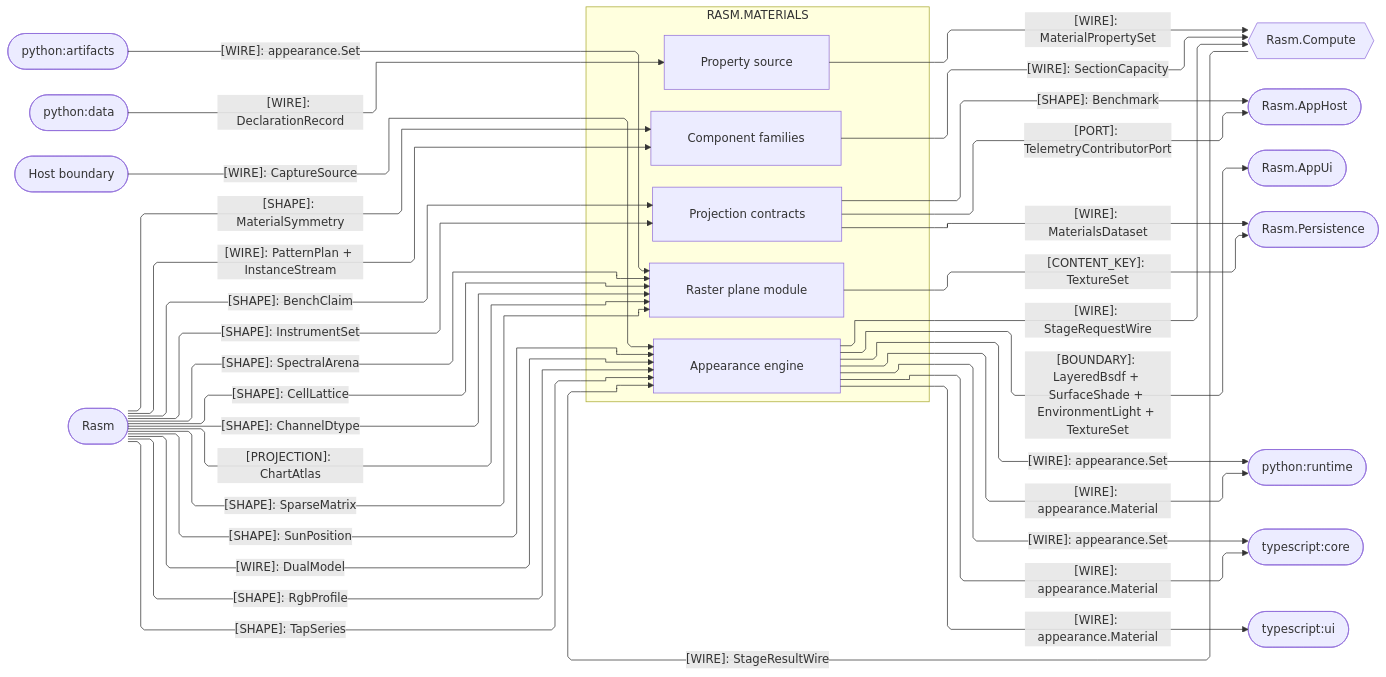
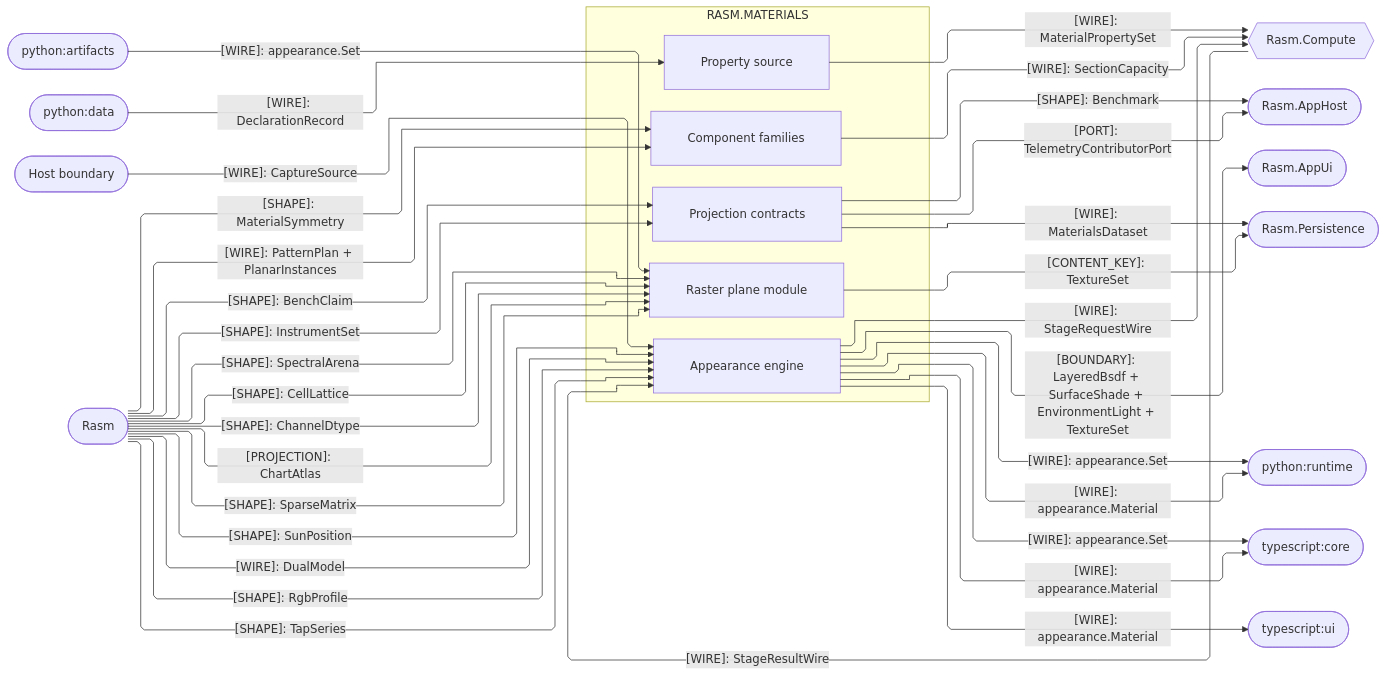
Before and after one commit to bsamiee/Rasm: the third of 5 diagrams in libs/dotnet/Rasm.Materials/ARCHITECTURE.md, drawn with Mermaid. The commit also changed 47 other files, not shown here.

````diff
--- a/libs/dotnet/Rasm.Materials/ARCHITECTURE.md
+++ b/libs/dotnet/Rasm.Materials/ARCHITECTURE.md
@@ -147,60 +147,60 @@
 ```mermaid
 ---
 config:
   layout: elk
   flowchart:
     curve: linear
     padding: 25
 ---
 flowchart LR
     accTitle: Materials platform, compute, and cross-runtime interfaces
     accDescr: Which capacity, appearance, telemetry, and analytics contracts cross between Materials and the platform, host, and peer runtimes.
     subgraph materials[RASM.MATERIALS]
         Component[Component families]
         Properties[Property source]
         Appearance[Appearance engine]
         Raster[Raster plane module]
         Projection[Projection contracts]
     end
     Compute{{Rasm.Compute}}
     AppHost([Rasm.AppHost])
     AppUi([Rasm.AppUi])
     Persistence([Rasm.Persistence])
     PyArtifacts([python:artifacts])
     PyData([python:data])
     PyRuntime([python:runtime])
     Core([typescript:core])
     Ui([typescript:ui])
     Host([Host boundary])
     Rasm([Rasm])
     Rasm e1@-->|"[SHAPE]: SunPosition"| Appearance
     Rasm e2@-->|"[SHAPE]: SpectralArena"| Raster
     Rasm e3@-->|"[SHAPE]: CellLattice"| Raster
     Rasm e4@-->|"[SHAPE]: ChannelDtype"| Raster
     Rasm e5@-->|"[PROJECTION]: ChartAtlas"| Raster
     Rasm e6@-->|"[WIRE]: DualModel"| Appearance
-    Rasm e7@-->|"[WIRE]: PatternPlan + InstanceStream"| Component
+    Rasm e7@-->|"[WIRE]: PatternPlan + PlanarInstances"| Component
     Rasm e8@-->|"[SHAPE]: MaterialSymmetry"| Component
     Rasm e9@-->|"[SHAPE]: RgbProfile"| Appearance
     Rasm e10@-->|"[SHAPE]: TapSeries"| Appearance
     Rasm e11@-->|"[SHAPE]: SparseMatrix"| Raster
     Rasm e12@-->|"[SHAPE]: InstrumentSet"| Projection
     Rasm e13@-->|"[SHAPE]: BenchClaim"| Projection
     Component e14@-->|"[WIRE]: SectionCapacity"| Compute
     Properties e15@-->|"[WIRE]: MaterialPropertySet"| Compute
     Appearance e16@-->|"[WIRE]: StageRequestWire"| Compute
     Compute e17@-->|"[WIRE]: StageResultWire"| Appearance
     Appearance e18@-->|"[BOUNDARY]: LayeredBsdf + SurfaceShade + EnvironmentLight + TextureSet"| AppUi
     Appearance e19@-->|"[WIRE]: appearance.Material"| Core
     Appearance e20@-->|"[WIRE]: appearance.Material"| PyRuntime
     Appearance e21@-->|"[WIRE]: appearance.Set"| Core
     Appearance e22@-->|"[WIRE]: appearance.Set"| PyRuntime
     Appearance e23@-->|"[WIRE]: appearance.Material"| Ui
     PyArtifacts e24@-->|"[WIRE]: appearance.Set"| Raster
     PyData e25@-->|"[WIRE]: DeclarationRecord"| Properties
     Host e26@-->|"[WIRE]: CaptureSource"| Appearance
     Projection e27@-->|"[PORT]: TelemetryContributorPort"| AppHost
     Projection e28@-->|"[SHAPE]: Benchmark"| AppHost
     Projection e29@-->|"[WIRE]: MaterialsDataset"| Persistence
     Raster e30@-->|"[CONTENT_KEY]: TextureSet"| Persistence
 ```
````
